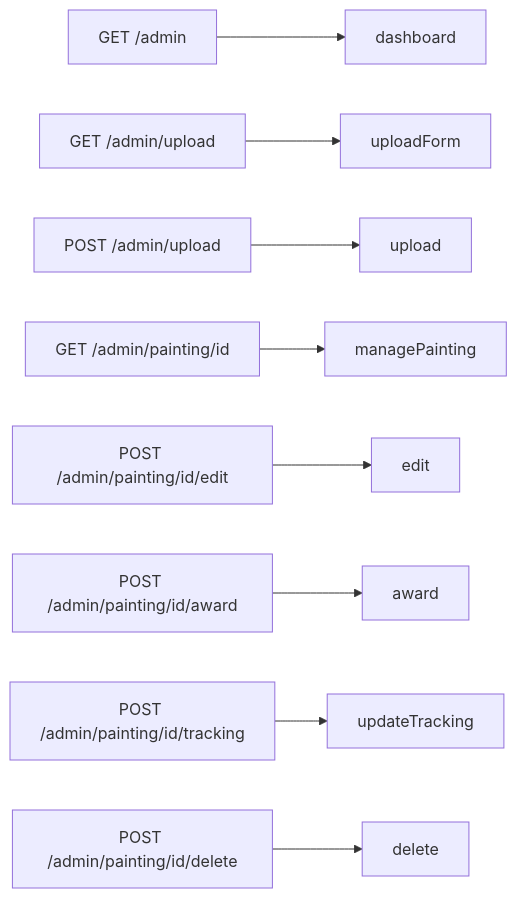
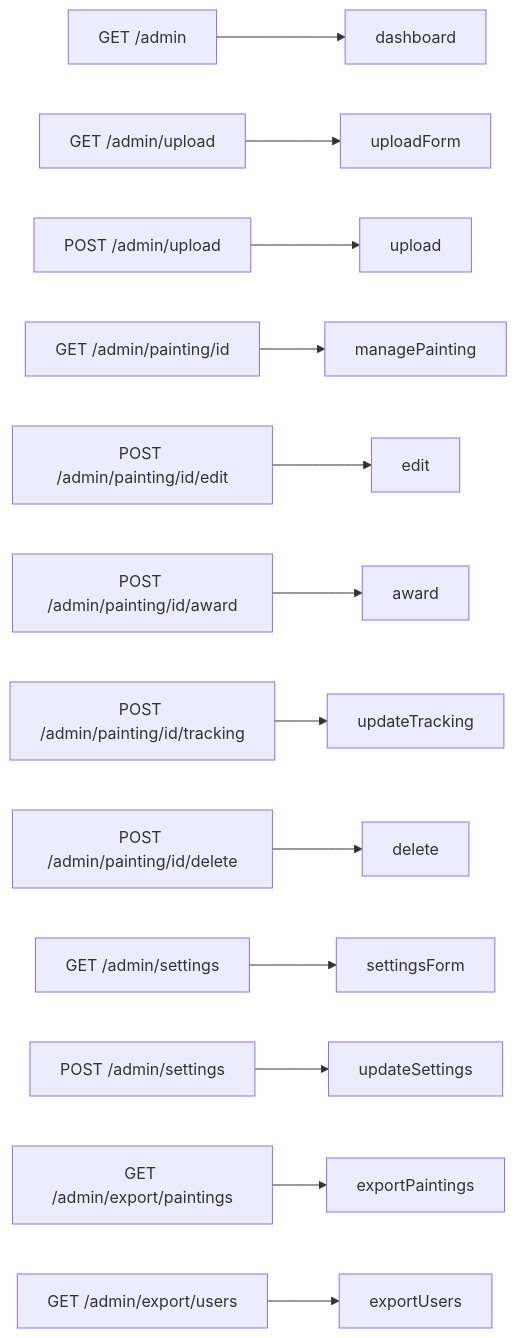
Before and after one commit to robsartin/heirloom: diagram 12 of 14 in doc/DEVELOPER.md, drawn with Mermaid. The commit also changed other lines of this file, not shown here.

First line of the commit message:
Add PHPDoc to all source files and update Mermaid diagrams

````diff
--- a/doc/DEVELOPER.md
+++ b/doc/DEVELOPER.md
@@ -295,11 +370,15 @@
 ```mermaid
 graph LR
     GET_ADMIN["GET /admin"] --> AD1[dashboard]
     GET_UPLOAD["GET /admin/upload"] --> AD2[uploadForm]
     POST_UPLOAD["POST /admin/upload"] --> AD3[upload]
     GET_MANAGE["GET /admin/painting/id"] --> AD4[managePainting]
     POST_EDIT["POST /admin/painting/id/edit"] --> AD5[edit]
     POST_AWARD["POST /admin/painting/id/award"] --> AD6[award]
     POST_TRACK["POST /admin/painting/id/tracking"] --> AD7[updateTracking]
     POST_DELETE["POST /admin/painting/id/delete"] --> AD8[delete]
+    GET_SETTINGS["GET /admin/settings"] --> AD9[settingsForm]
+    POST_SETTINGS["POST /admin/settings"] --> AD10[updateSettings]
+    GET_EXP["GET /admin/export/paintings"] --> AD11[exportPaintings]
+    GET_EXU["GET /admin/export/users"] --> AD12[exportUsers]
 ```
````
